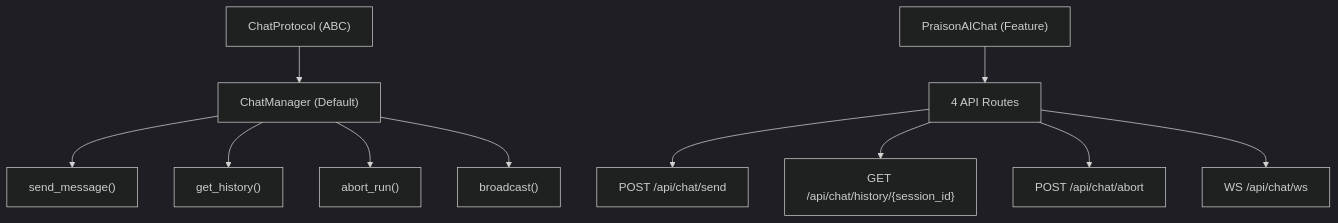
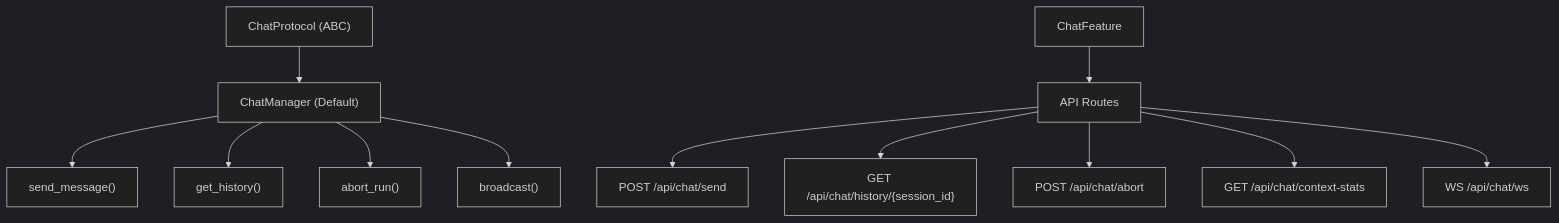
Before and after one commit to MervinPraison/PraisonAIUI: the second of 3 diagrams in docs/features/gateway-chat.md, drawn with Mermaid (dark theme). The commit also changed other lines of this file and 16 other files, not shown here.

````diff
--- a/docs/features/gateway-chat.md
+++ b/docs/features/gateway-chat.md
@@ -90,13 +93,14 @@
 ```mermaid
 graph TD
     A["ChatProtocol (ABC)"] --> B["ChatManager (Default)"]
     B --> C["send_message()"]
     B --> D["get_history()"]
     B --> E["abort_run()"]
     B --> F["broadcast()"]
-    G["PraisonAIChat (Feature)"] --> H["4 API Routes"]
+    G["ChatFeature"] --> H["API Routes"]
     H --> I["POST /api/chat/send"]
     H --> J["GET /api/chat/history/{session_id}"]
     H --> K["POST /api/chat/abort"]
+    H --> M["GET /api/chat/context-stats"]
     H --> L["WS /api/chat/ws"]
 ```
````
